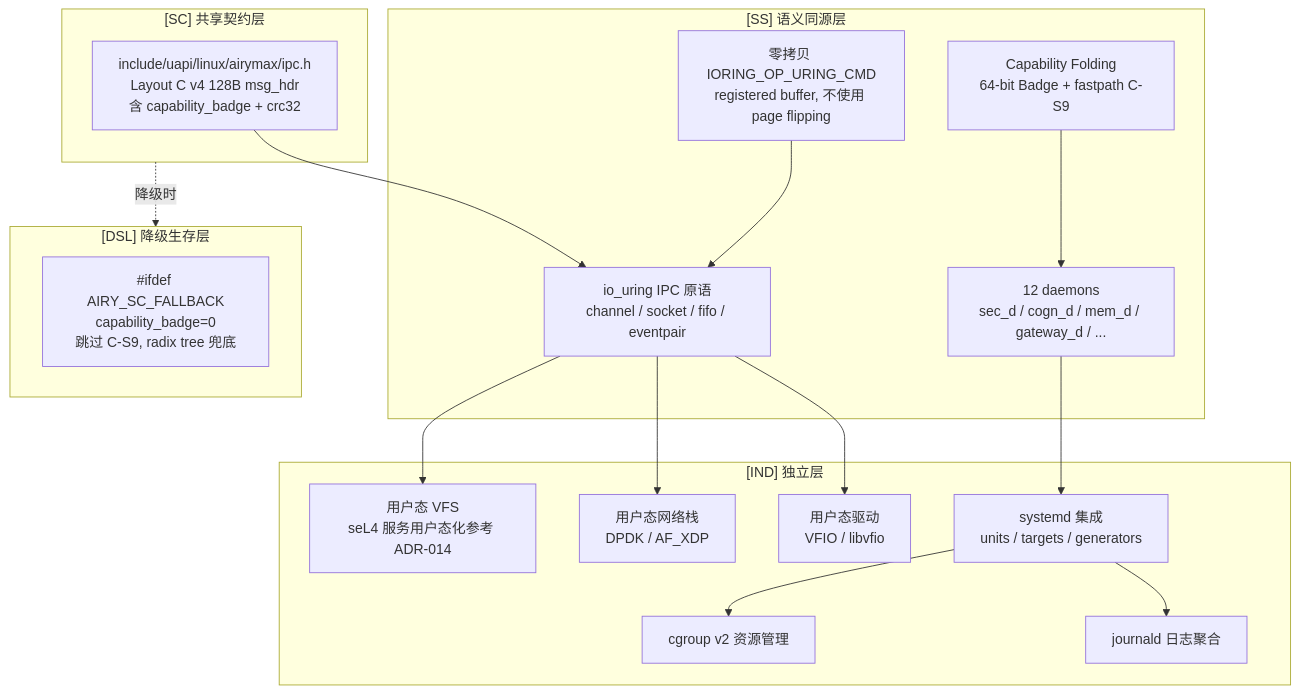
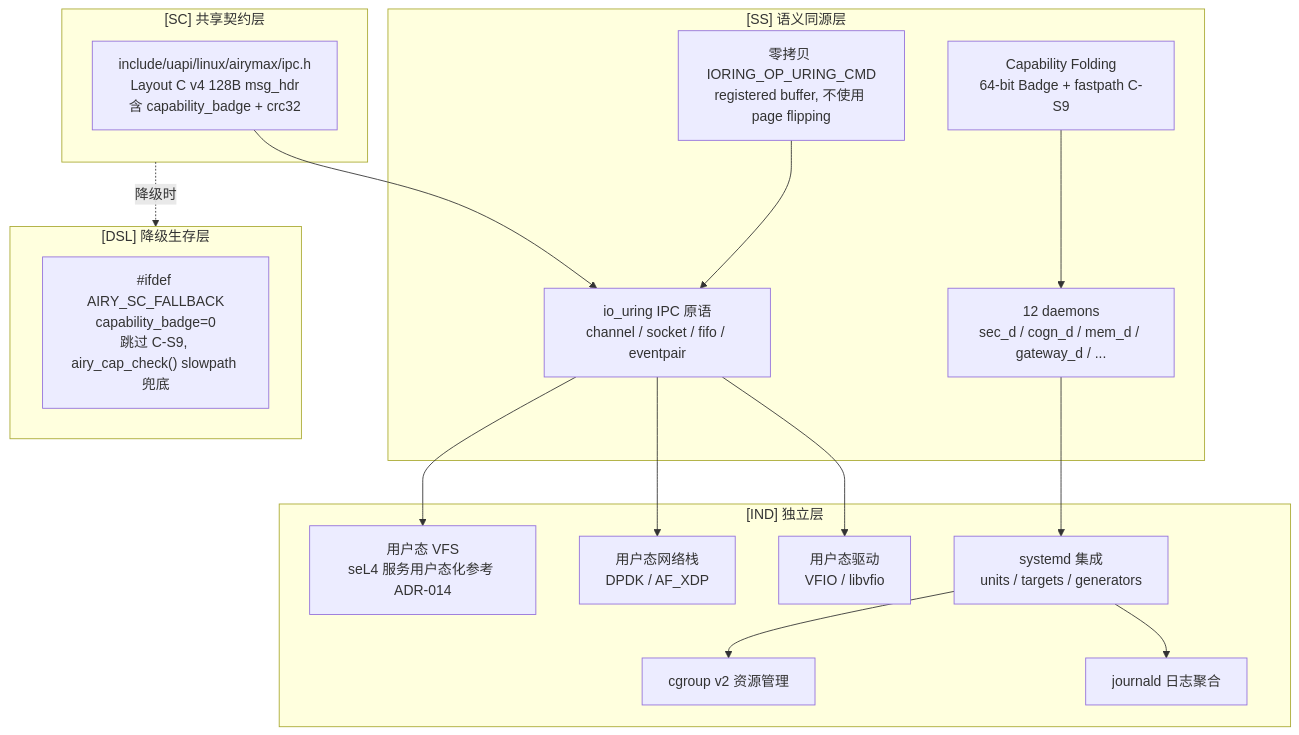
The second of 2 diagrams in AirymaxOS/20-modules/02-services.md (openairymax/docs), drawn with Mermaid before and after one commit. The commit also changed other lines of this file and 29 other files, not shown here.

````diff
--- a/AirymaxOS/20-modules/02-services.md
+++ b/AirymaxOS/20-modules/02-services.md
@@ -488,33 +488,33 @@
 ```mermaid
 graph TD
     subgraph SC["[SC] 共享契约层"]
         IPC_HDR[include/uapi/linux/airymax/ipc.h<br/>Layout C v4 128B msg_hdr<br/>含 capability_badge + crc32]
     end
     subgraph SS["[SS] 语义同源层"]
         DAEMONS[12 daemons<br/>sec_d / cogn_d / mem_d / gateway_d / ...]
         PRIMITIVES[io_uring IPC 原语<br/>channel / socket / fifo / eventpair]
         CAP_FOLD[Capability Folding<br/>64-bit Badge + fastpath C-S9]
         ZERO_COPY[零拷贝 IORING_OP_URING_CMD<br/>registered buffer, 不使用 page flipping]
     end
     subgraph IND["[IND] 独立层"]
         VFS[用户态 VFS<br/>seL4 服务用户态化参考 ADR-014]
         NET[用户态网络栈<br/>DPDK / AF_XDP]
         DRV[用户态驱动<br/>VFIO / libvfio]
         SYSTEMD[systemd 集成<br/>units / targets / generators]
         CGROUP[cgroup v2 资源管理]
         JOURNALD[journald 日志聚合]
     end
     subgraph DSL["[DSL] 降级生存层"]
-        FALLBACK["#ifdef AIRY_SC_FALLBACK<br/>capability_badge=0<br/>跳过 C-S9, radix tree 兜底"]
+        FALLBACK["#ifdef AIRY_SC_FALLBACK<br/>capability_badge=0<br/>跳过 C-S9, airy_cap_check() slowpath 兜底"]
     end
     IPC_HDR --> PRIMITIVES
     DAEMONS --> SYSTEMD
     PRIMITIVES --> VFS
     PRIMITIVES --> NET
     PRIMITIVES --> DRV
     CAP_FOLD --> DAEMONS
     ZERO_COPY --> PRIMITIVES
     SYSTEMD --> CGROUP
     SYSTEMD --> JOURNALD
     SC -.->|"降级时"| DSL
 ```
````
